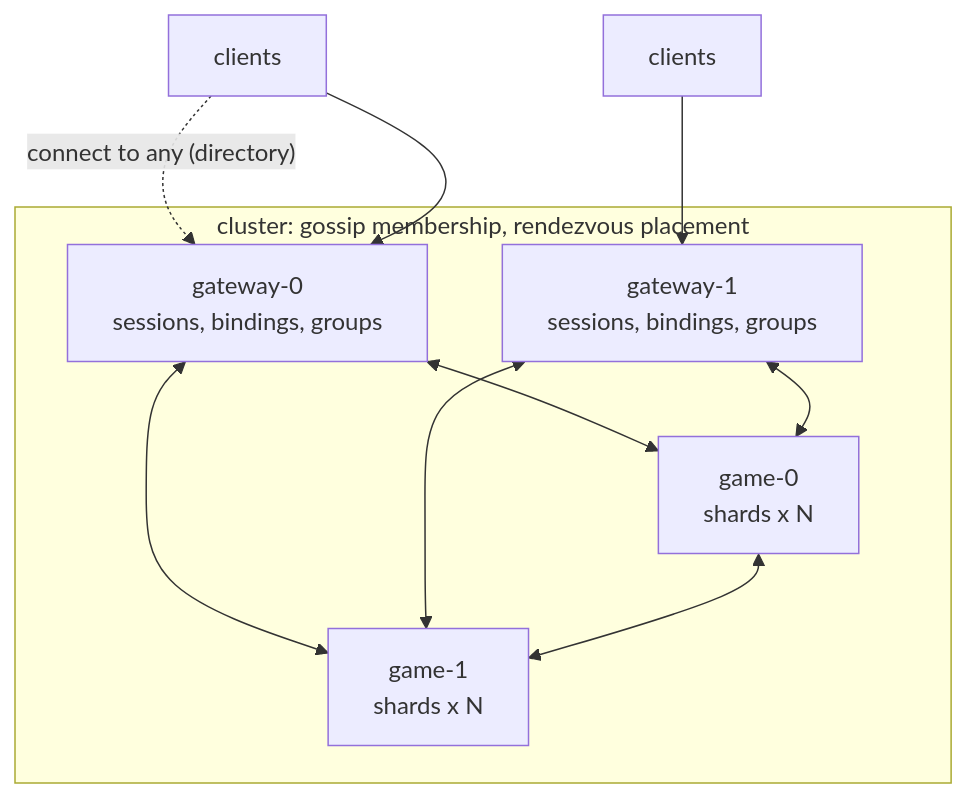
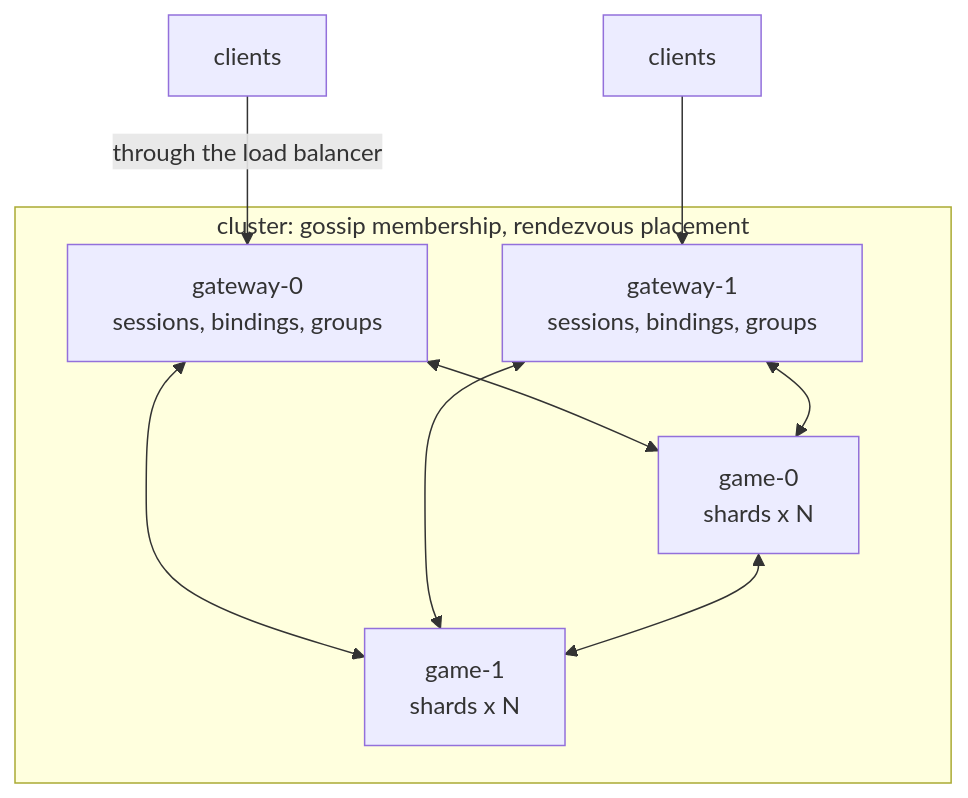
Before and after one commit to JasonXuDeveloper/DaServer: the first of 2 diagrams in README.md, drawn with Mermaid. The commit also changed other lines of this file and 4 other files, not shown here.

Commit message:
Docs: clients connect through the platform's load balancer (ADR-026 rewritten), MaxConnectionAge, agreed scaling decisions, Kestrel raw TCP to evaluate

````diff
--- a/README.md
+++ b/README.md
@@ -34,17 +34,16 @@
 ```mermaid
 flowchart TB
-    C1[clients] -. "connect to any (directory)" .-> G1
-    C1 --> G1
+    C1[clients] -- "through the load balancer" --> G1
     C2[clients] --> G2
     subgraph cluster [cluster: gossip membership, rendezvous placement]
         G1[gateway-0<br/>sessions, bindings, groups]
         G2[gateway-1<br/>sessions, bindings, groups]
         N1[game-0<br/>shards x N]
         N2[game-1<br/>shards x N]
         G1 <--> N1
         G1 <--> N2
         G2 <--> N1
         G2 <--> N2
         N1 <--> N2
     end
 ```
````
